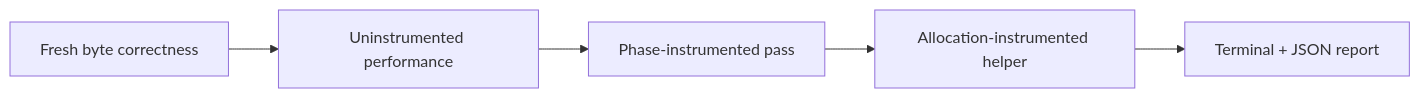
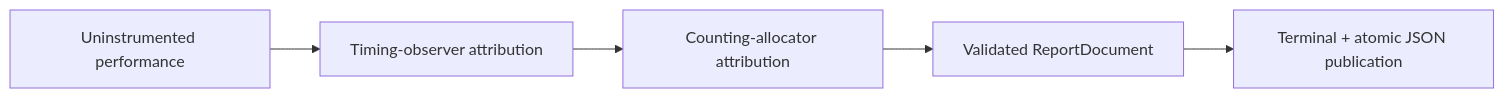
The diagram in docs/src/tooling/profiling.md (VitorNathanG/njavac), drawn with Mermaid before and after one commit. The commit also changed other lines of this file and 27 other files, not shown here.

````diff
--- a/docs/src/tooling/profiling.md
+++ b/docs/src/tooling/profiling.md
@@ -11,7 +49,8 @@
 ```mermaid
 flowchart LR
-    Correct[Fresh byte correctness] --> Performance[Uninstrumented performance]
-    Performance --> Phase[Phase-instrumented pass]
-    Phase --> Alloc[Allocation-instrumented helper]
-    Alloc --> Report[Terminal + JSON report]
+    Performance[Uninstrumented performance]
+    Performance --> Phase[Timing-observer attribution]
+    Phase --> Allocation[Counting-allocator attribution]
+    Allocation --> Document[Validated ReportDocument]
+    Document --> Publish[Terminal + atomic JSON publication]
 ```
````
